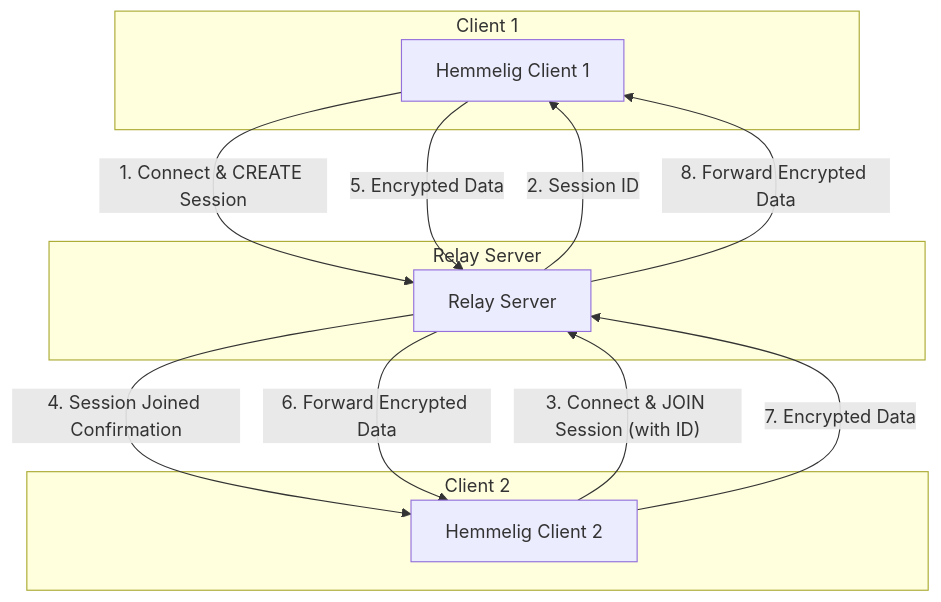
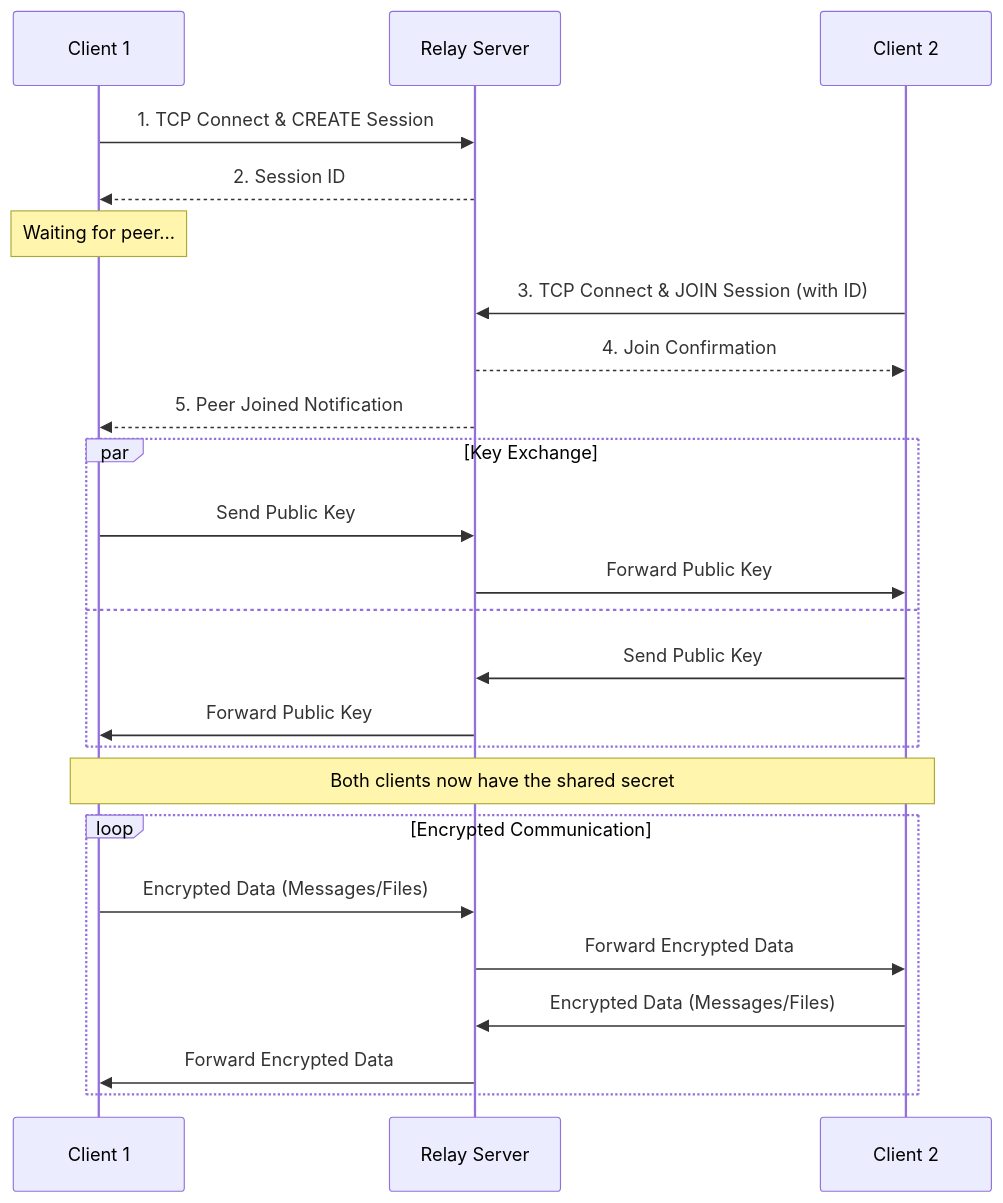
Before and after one commit to bjarneo/hemmelig: the diagram in README.md, drawn with Mermaid.

Commit message:
docs: update the flow

````diff
--- a/README.md
+++ b/README.md
@@ -63,23 +63,30 @@
 ```mermaid
-graph TD
-    subgraph Client 1
-        C1[Hemmelig Client 1]
+sequenceDiagram
+    participant C1 as Client 1
+    participant RS as Relay Server
+    participant C2 as Client 2
+
+    C1->>RS: 1. TCP Connect & CREATE Session
+    RS-->>C1: 2. Session ID
+    Note over C1: Waiting for peer...
+
+    C2->>RS: 3. TCP Connect & JOIN Session (with ID)
+    RS-->>C2: 4. Join Confirmation
+    RS-->>C1: 5. Peer Joined Notification
+
+    par Key Exchange
+        C1->>RS: Send Public Key
+        RS->>C2: Forward Public Key
+    and
+        C2->>RS: Send Public Key
+        RS->>C1: Forward Public Key
     end
+    Note over C1,C2: Both clients now have the shared secret
 
-    subgraph Client 2
-        C2[Hemmelig Client 2]
+    loop Encrypted Communication
+        C1->>RS: Encrypted Data (Messages/Files)
+        RS->>C2: Forward Encrypted Data
+        C2->>RS: Encrypted Data (Messages/Files)
+        RS->>C1: Forward Encrypted Data
     end
-
-    subgraph Relay Server
-        RS[Relay Server]
-    end
-
-    C1 -- "1. Connect & CREATE Session" --> RS
-    RS -- "2. Session ID" --> C1
-    C2 -- "3. Connect & JOIN Session (with ID)" --> RS
-    RS -- "4. Session Joined Confirmation" --> C2
-    C1 -- "5. Encrypted Data" --> RS
-    RS -- "6. Forward Encrypted Data" --> C2
-    C2 -- "7. Encrypted Data" --> RS
-    RS -- "8. Forward Encrypted Data" --> C1
 ```
````
